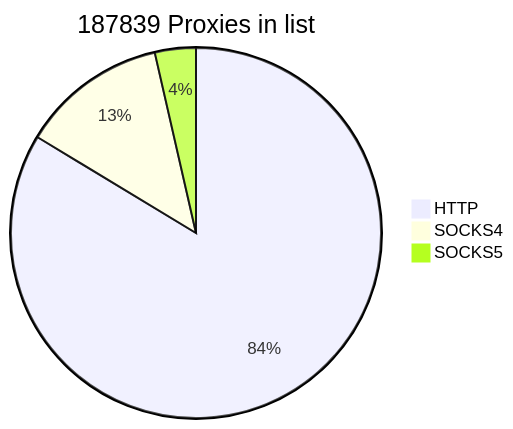
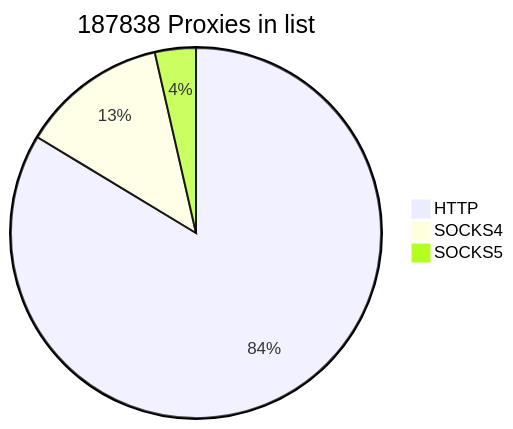
One commit to cutipu/proxylist changed the first of 2 diagrams in README.md. Above: the diagram before and after it, drawn with Mermaid. The commit also changed other lines of this file, not shown here.

````diff
--- a/README.md
+++ b/README.md
@@ -2,7 +2,7 @@
 ```mermaid
-pie title 187839 Proxies in list
-    "HTTP" : 157139
-    "SOCKS4" : 23982
-    "SOCKS5" : 6718
+pie title 187838 Proxies in list
+    "HTTP" : 157138
+    "SOCKS4" : 23984
+    "SOCKS5" : 6716
             
 ```
````
